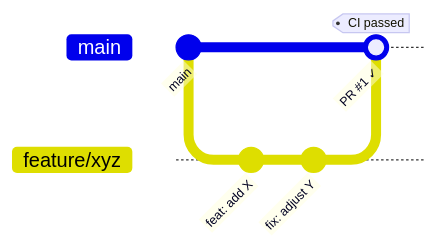
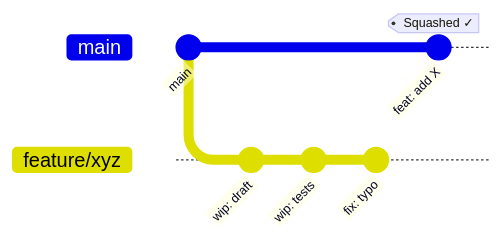
One commit to ggustin93/nextjs-django-kanban-mcp changed the second of 3 diagrams in README.md. Above: the diagram before and after it, drawn with Mermaid. The commit also changed other lines of this file, not shown here.

Commit message:
docs: improve Git workflow section with squash merge explanation

````diff
--- a/README.md
+++ b/README.md
@@ -283,9 +283,10 @@
 ```mermaid
 gitGraph
     commit id: "main"
     branch feature/xyz
-    commit id: "feat: add X"
-    commit id: "fix: adjust Y"
+    commit id: "wip: draft"
+    commit id: "wip: tests"
+    commit id: "fix: typo"
     checkout main
-    merge feature/xyz id: "PR #1 ✓" tag: "CI passed"
+    commit id: "feat: add X" tag: "Squashed ✓"
 ```
````
